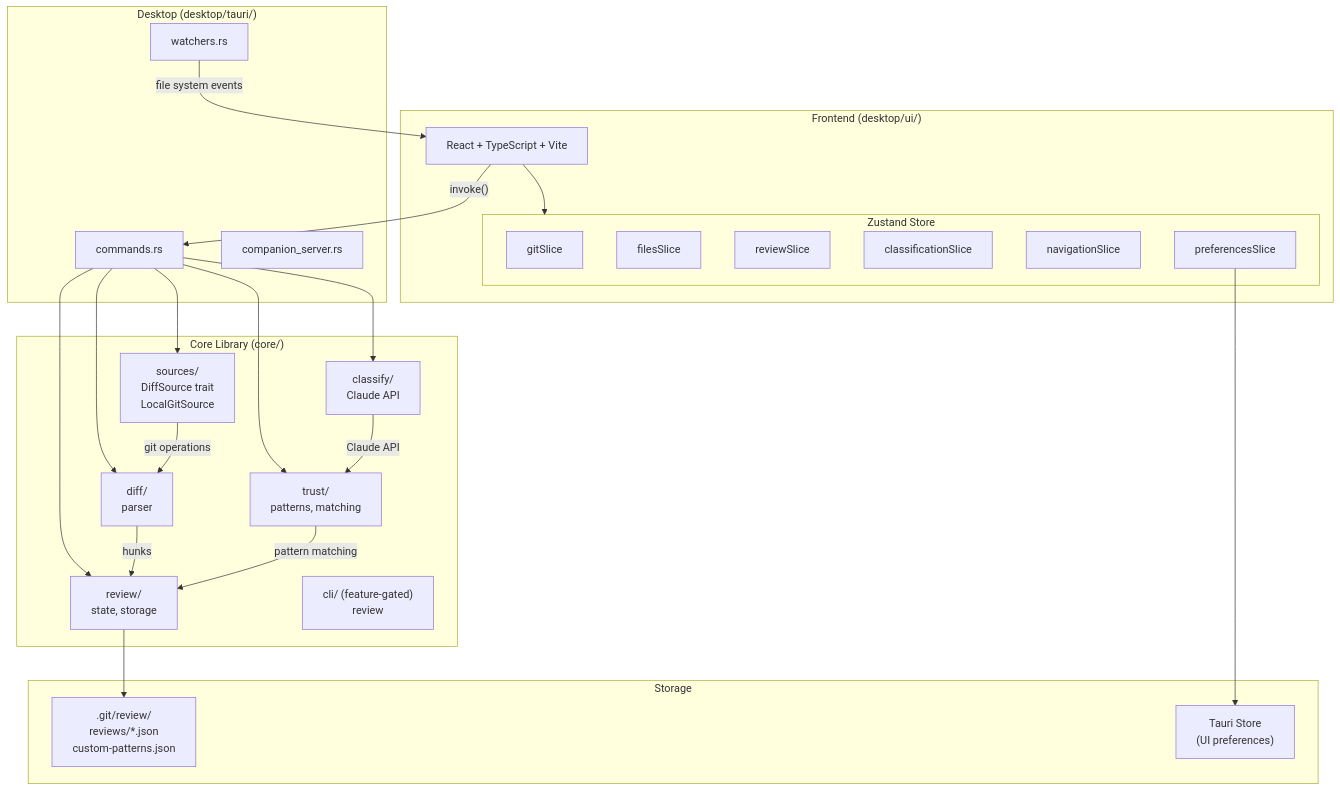
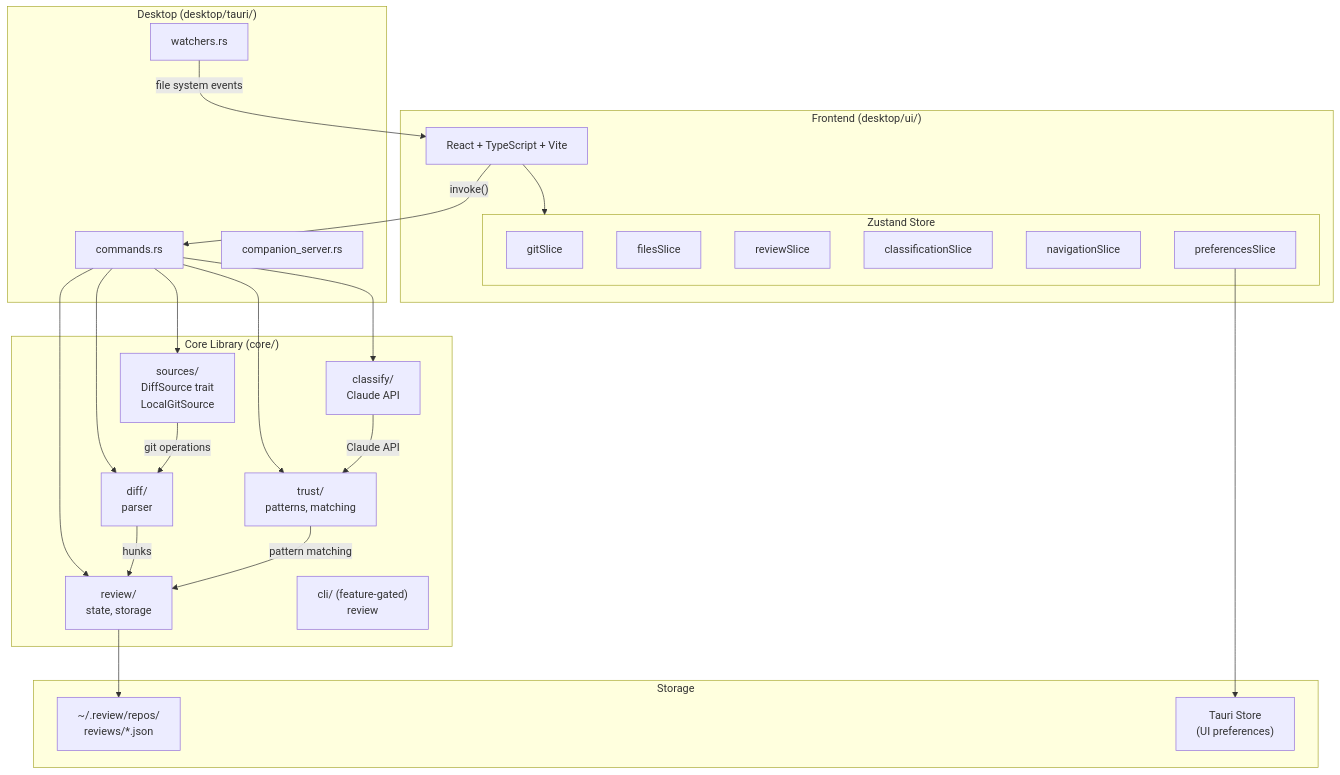
Before and after one commit to dropseed/review: the diagram in README.md, drawn with Mermaid. The commit also changed other lines of this file and 20 other files, not shown here.

````diff
--- a/README.md
+++ b/README.md
@@ -52,61 +52,60 @@
 ```mermaid
 graph TB
     subgraph Frontend["Frontend (desktop/ui/)"]
         React["React + TypeScript + Vite"]
         subgraph Zustand["Zustand Store"]
             gitSlice["gitSlice"]
             filesSlice["filesSlice"]
             reviewSlice["reviewSlice"]
             classificationSlice["classificationSlice"]
             navigationSlice["navigationSlice"]
             preferencesSlice["preferencesSlice"]
         end
         React --> Zustand
     end
 
     subgraph Desktop["Desktop (desktop/tauri/)"]
         commands["commands.rs"]
         watchers["watchers.rs"]
         companion_server["companion_server.rs"]
     end
 
     subgraph Core["Core Library (core/)"]
         sources["sources/
         DiffSource trait
         LocalGitSource"]
         diff["diff/
         parser"]
         review["review/
         state, storage"]
         trust["trust/
         patterns, matching"]
         classify["classify/
         Claude API"]
         cli["cli/ (feature-gated)
         review"]
     end
 
     subgraph Storage["Storage"]
-        git_review[".git/review/
-        reviews/*.json
-        custom-patterns.json"]
+        git_review["~/.review/repos/
+        reviews/*.json"]
         tauri_store["Tauri Store
         (UI preferences)"]
     end
 
     React -->|"invoke()"| commands
     commands --> sources
     commands --> diff
     commands --> review
     commands --> trust
     commands --> classify
     watchers -->|"file system events"| React
 
     sources -->|"git operations"| diff
     diff -->|"hunks"| review
     trust -->|"pattern matching"| review
     classify -->|"Claude API"| trust
 
     review --> git_review
     preferencesSlice --> tauri_store
 ```
````
